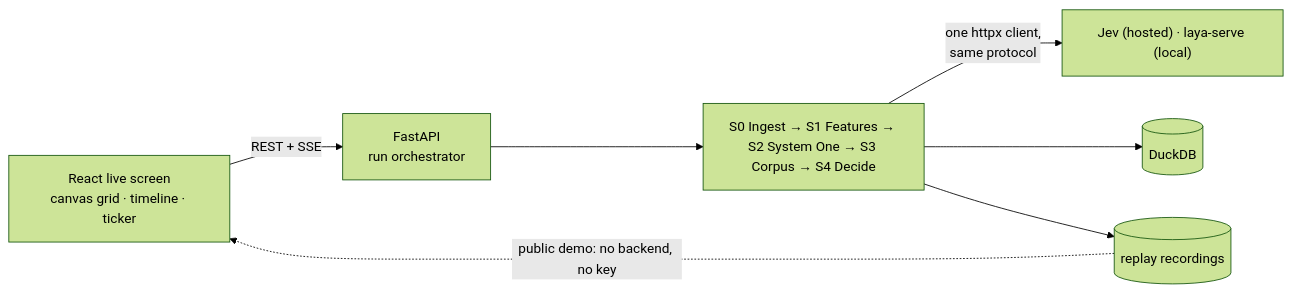
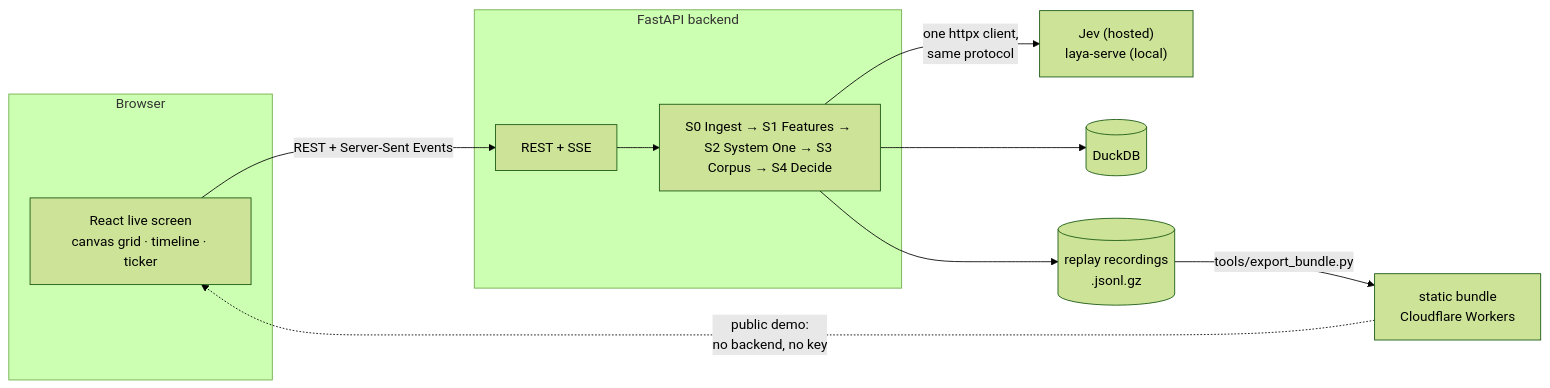
Before and after one commit to VaibhaVSharmaVvs/RatingIntegrityEngine: the first of 2 diagrams in README.md, drawn with Mermaid (forest theme). The commit also changed other lines of this file and 13 other files, not shown here.

````diff
--- a/README.md
+++ b/README.md
@@ -67,9 +215,15 @@
 ```mermaid
 flowchart LR
-  UI["React live screen<br/>canvas grid · timeline · ticker"] -- "REST + SSE" --> API["FastAPI<br/>run orchestrator"]
-  API --> P["S0 Ingest → S1 Features → S2 System One → S3 Corpus → S4 Decide"]
-  P -- "one httpx client,<br/>same protocol" --> M["Jev (hosted) · laya-serve (local)"]
+  subgraph Browser
+    UI["React live screen<br/>canvas grid · timeline · ticker"]
+  end
+  subgraph Backend["FastAPI backend"]
+    API["REST + SSE"] --> P["S0 Ingest → S1 Features → S2 System One → S3 Corpus → S4 Decide"]
+  end
+  UI -- "REST + Server-Sent Events" --> API
+  P -- "one httpx client,<br/>same protocol" --> M["Jev (hosted)<br/>laya-serve (local)"]
   P --> DB[("DuckDB")]
-  P --> R[("replay recordings")]
-  R -. "public demo: no backend, no key" .-> UI
+  P --> R[("replay recordings<br/>.jsonl.gz")]
+  R -- "tools/export_bundle.py" --> S["static bundle<br/>Cloudflare Workers"]
+  S -. "public demo:<br/>no backend, no key" .-> UI
 ```
````
